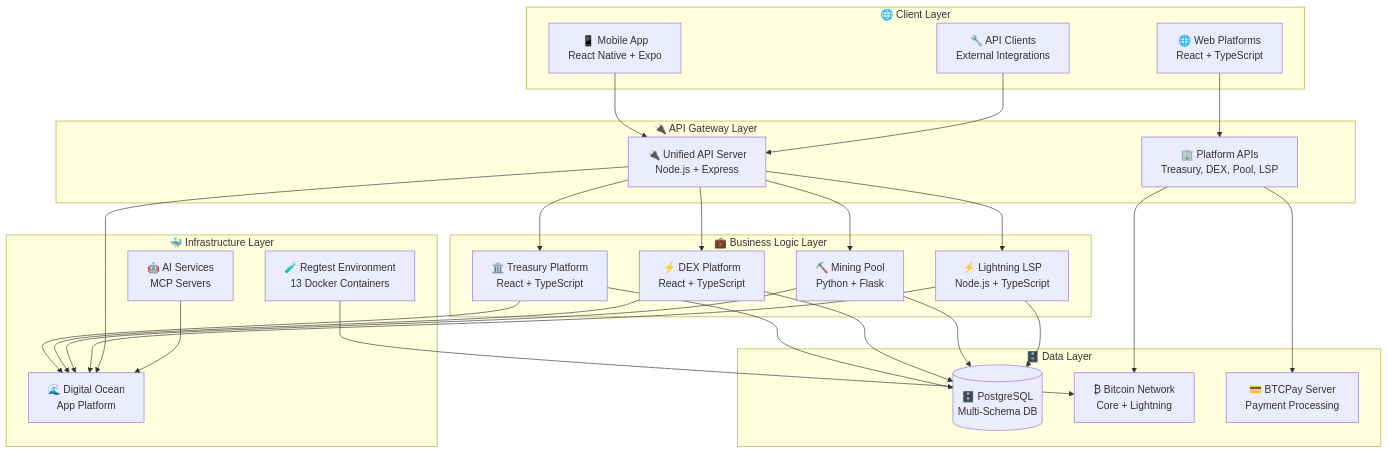
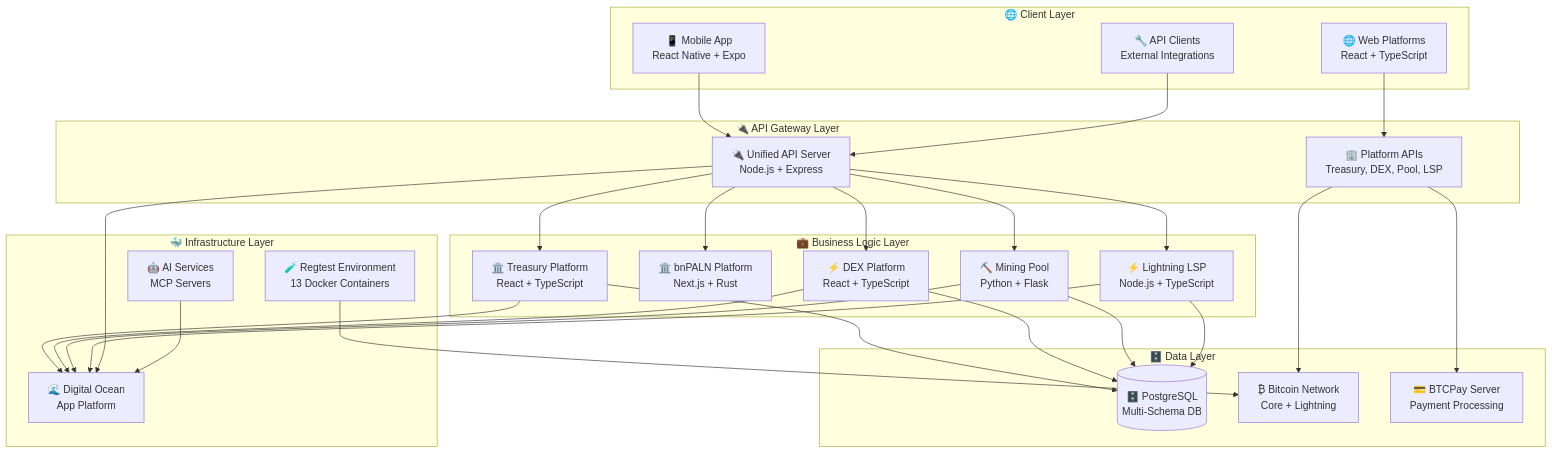
One commit to BlockSavvy/blgv-docs-production changed the first of 6 diagrams in docs/architecture-overview.md. Above: the diagram before and after it, drawn with Mermaid. The commit also changed 6 other files, not shown here.

````diff
--- a/docs/architecture-overview.md
+++ b/docs/architecture-overview.md
@@ -7,58 +7,60 @@
 ```mermaid
 graph TB
     subgraph "🌐 Client Layer"
         Mobile[📱 Mobile App<br/>React Native + Expo]
         Web[🌐 Web Platforms<br/>React + TypeScript]
         API_Clients[🔧 API Clients<br/>External Integrations]
     end
     
     subgraph "🔌 API Gateway Layer"
         Unified_API[🔌 Unified API Server<br/>Node.js + Express]
         Platform_APIs[🏢 Platform APIs<br/>Treasury, DEX, Pool, LSP]
     end
     
     subgraph "💼 Business Logic Layer"
         Treasury[🏛️ Treasury Platform<br/>React + TypeScript]
+        bnPALN[🏛️ bnPALN Platform<br/>Next.js + Rust]
         DEX[⚡ DEX Platform<br/>React + TypeScript]  
         Pool[⛏️ Mining Pool<br/>Python + Flask]
         LSP[⚡ Lightning LSP<br/>Node.js + TypeScript]
     end
     
     subgraph "🗄️ Data Layer"
         PostgreSQL[(🗄️ PostgreSQL<br/>Multi-Schema DB)]
         Bitcoin[₿ Bitcoin Network<br/>Core + Lightning]
         BTCPay[💳 BTCPay Server<br/>Payment Processing]
     end
     
     subgraph "🐳 Infrastructure Layer"
         DO[🌊 Digital Ocean<br/>App Platform]
         Regtest[🧪 Regtest Environment<br/>13 Docker Containers]
         AI[🤖 AI Services<br/>MCP Servers]
     end
     
     Mobile --> Unified_API
     Web --> Platform_APIs
     API_Clients --> Unified_API
     
     Unified_API --> Treasury
+    Unified_API --> bnPALN
     Unified_API --> DEX
     Unified_API --> Pool
     Unified_API --> LSP
     
     Treasury --> PostgreSQL
     DEX --> PostgreSQL
     Pool --> PostgreSQL
     LSP --> PostgreSQL
     
     Platform_APIs --> Bitcoin
     Platform_APIs --> BTCPay
     
     Treasury --> DO
     DEX --> DO
     Pool --> DO
     LSP --> DO
     Unified_API --> DO
     
     Regtest --> Bitcoin
     AI --> DO
 ```
````
